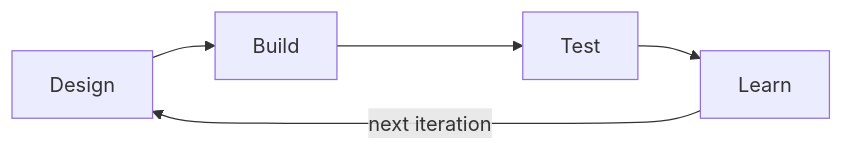
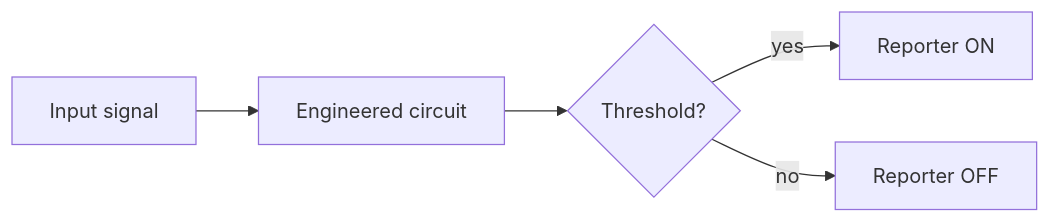
The first of 2 diagrams in src/content/articles/project/engineering.md (fzlzjerry/2026-basischina), drawn with Mermaid before and after one commit. The commit also changed other lines of this file and 19 other files, not shown here.

````diff
--- a/src/content/articles/project/engineering.md
+++ b/src/content/articles/project/engineering.md
@@ -31,7 +147,7 @@
 ```mermaid
 flowchart LR
-  A[Design] --> B[Build]
-  B --> C[Test]
-  C --> D[Learn]
-  D -->|next iteration| A
+  A[Input signal] --> B[Engineered circuit]
+  B --> C{Threshold?}
+  C -- yes --> D[Reporter ON]
+  C -- no --> E[Reporter OFF]
 ```
````
